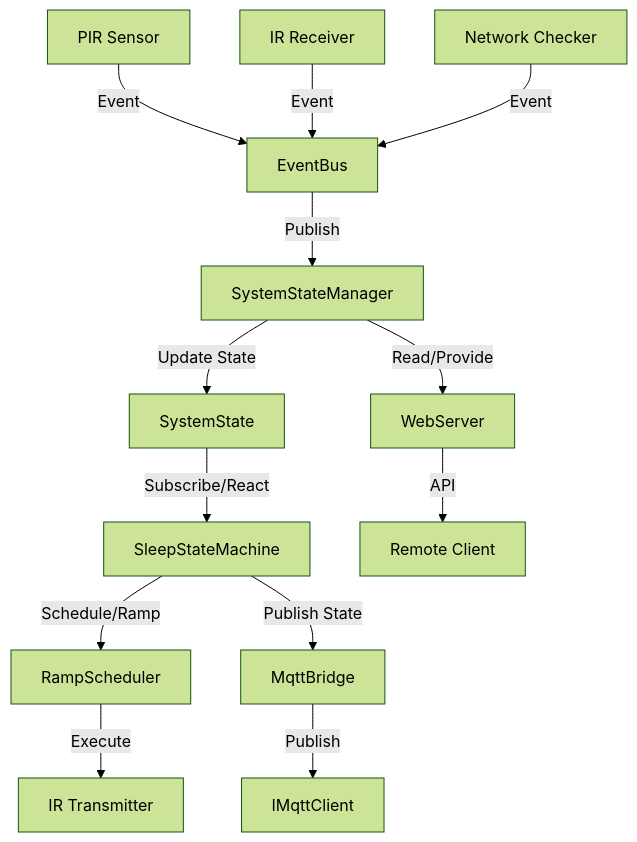
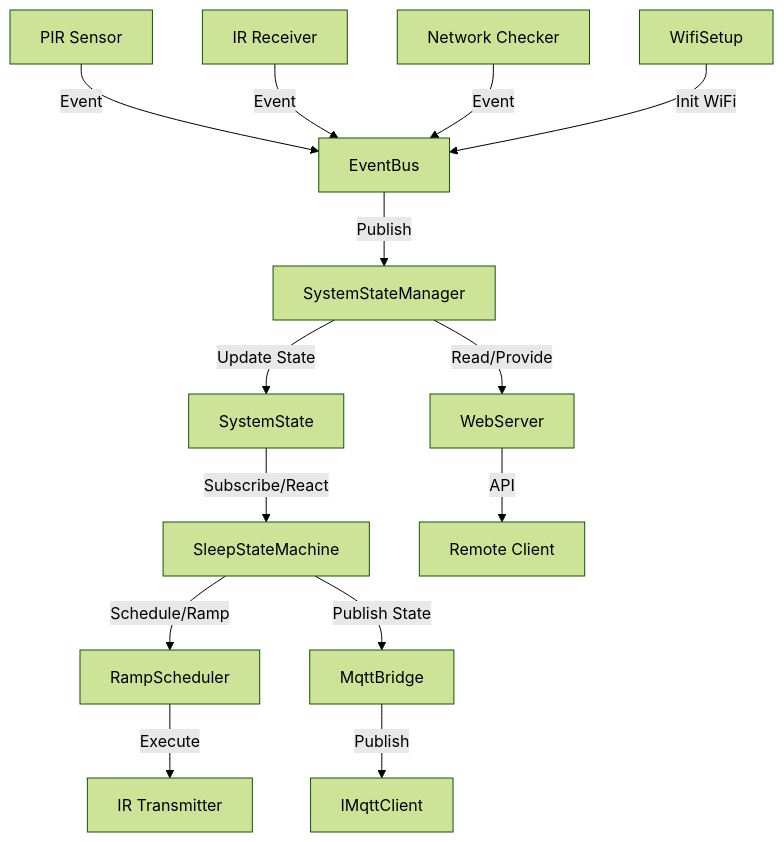
One commit to non7top/insomnia-tv changed the diagram in docs/architecture-diagram.md. Above: the diagram before and after it, drawn with Mermaid (forest theme). The commit also changed 6 other files, not shown here.

````diff
--- a/docs/architecture-diagram.md
+++ b/docs/architecture-diagram.md
@@ -9,23 +9,25 @@
 ```mermaid
 graph TD
     %% Hardware/Drivers
     PIR[PIR Sensor] -->|Event| EB[EventBus]
     IR[IR Receiver] -->|Event| EB
     Network[Network Checker] -->|Event| EB
 
     %% System Core
     EB -->|Publish| SSM[SystemStateManager]
+    WS[WifiSetup] -->|Init WiFi| EB
 
     %% State Logic
+
     SSM -->|Update State| S[SystemState]
     S -->|Subscribe/React| FSM[SleepStateMachine]
     FSM -->|Schedule/Ramp| RS[RampScheduler]
 
     %% Outputs
     RS -->|Execute| IRTX[IR Transmitter]
     FSM -->|Publish State| MQTT[MqttBridge]
     MQTT -->|Publish| MClient[IMqttClient]
     SSM -->|Read/Provide| Web[WebServer]
     Web -->|API| UI[Remote Client]
 
 ```
````
